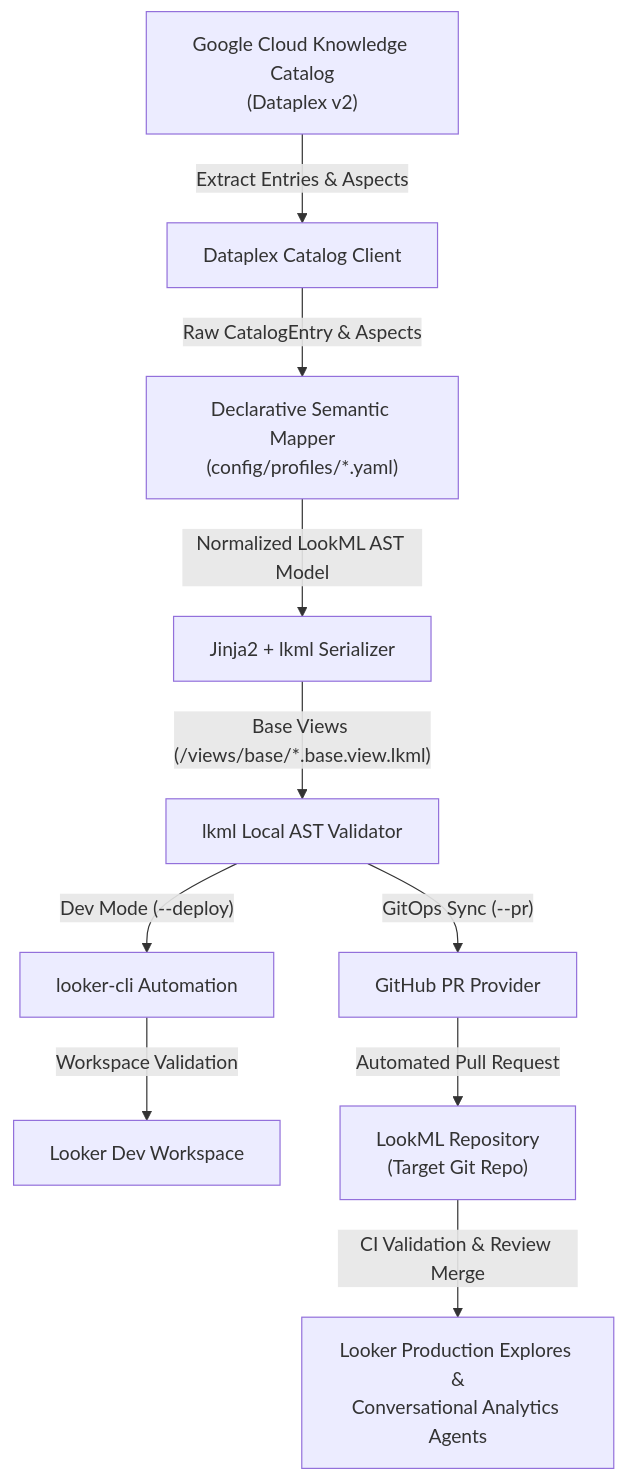
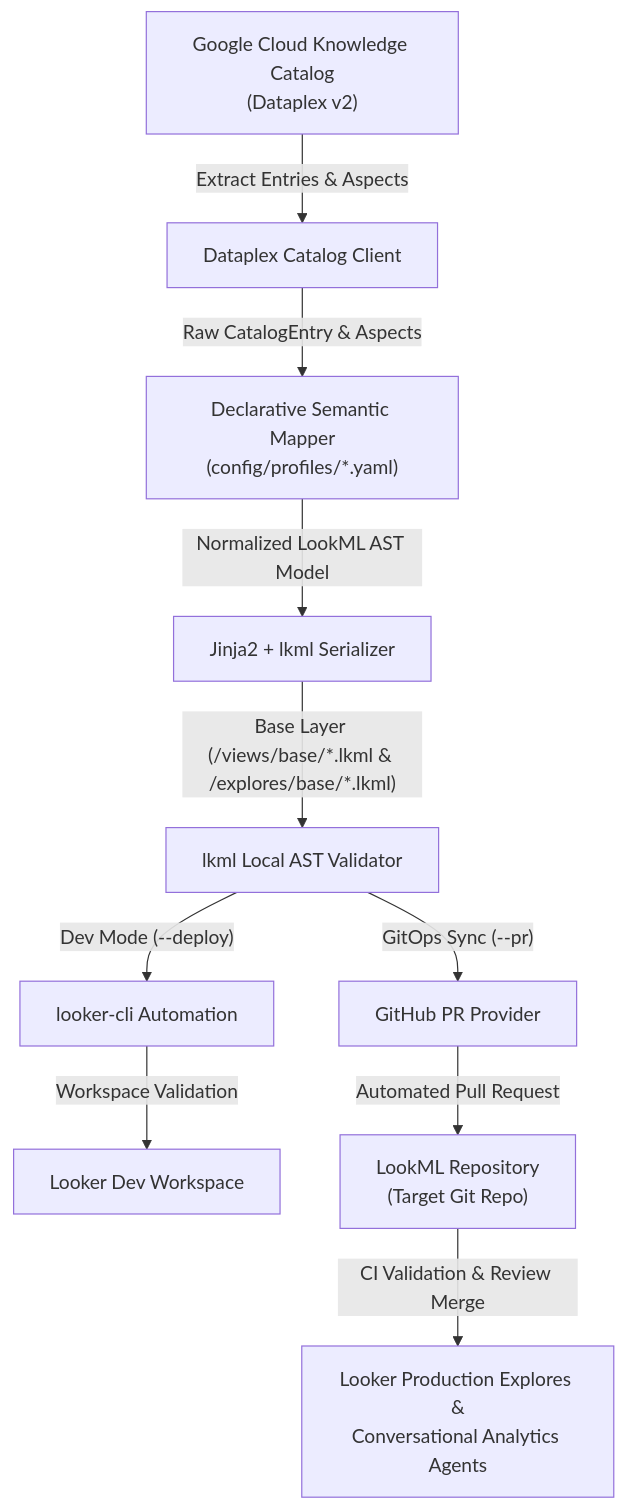
The diagram in README.md (brettguenther/knowledge-catalog-looker-sync), drawn with Mermaid before and after one commit. The commit also changed other lines of this file and 2 other files, not shown here.

````diff
--- a/README.md
+++ b/README.md
@@ -9,14 +9,14 @@
 ```mermaid
 flowchart TD
     KC["Google Cloud Knowledge Catalog<br/>(Dataplex v2)"] -->|"Extract Entries & Aspects"| Extractor["Dataplex Catalog Client"]
     Extractor -->|"Raw CatalogEntry & Aspects"| Mapper["Declarative Semantic Mapper<br/>(config/profiles/*.yaml)"]
     Mapper -->|"Normalized LookML AST Model"| Generator["Jinja2 + lkml Serializer"]
-    Generator -->|"Base Views (/views/base/*.base.view.lkml)"| Validator["lkml Local AST Validator"]
+    Generator -->|"Base Layer (/views/base/*.lkml & /explores/base/*.lkml)"| Validator["lkml Local AST Validator"]
 
     Validator -->|"Dev Mode (--deploy)"| LookerCLI["looker-cli Automation"]
     LookerCLI -->|"Workspace Validation"| LookerDev["Looker Dev Workspace"]
 
     Validator -->|"GitOps Sync (--pr)"| GitClient["GitHub PR Provider"]
     GitClient -->|"Automated Pull Request"| GitHub["LookML Repository<br/>(Target Git Repo)"]
     GitHub -->|"CI Validation & Review Merge"| LookerProd["Looker Production Explores &<br/>Conversational Analytics Agents"]
 ```
````
